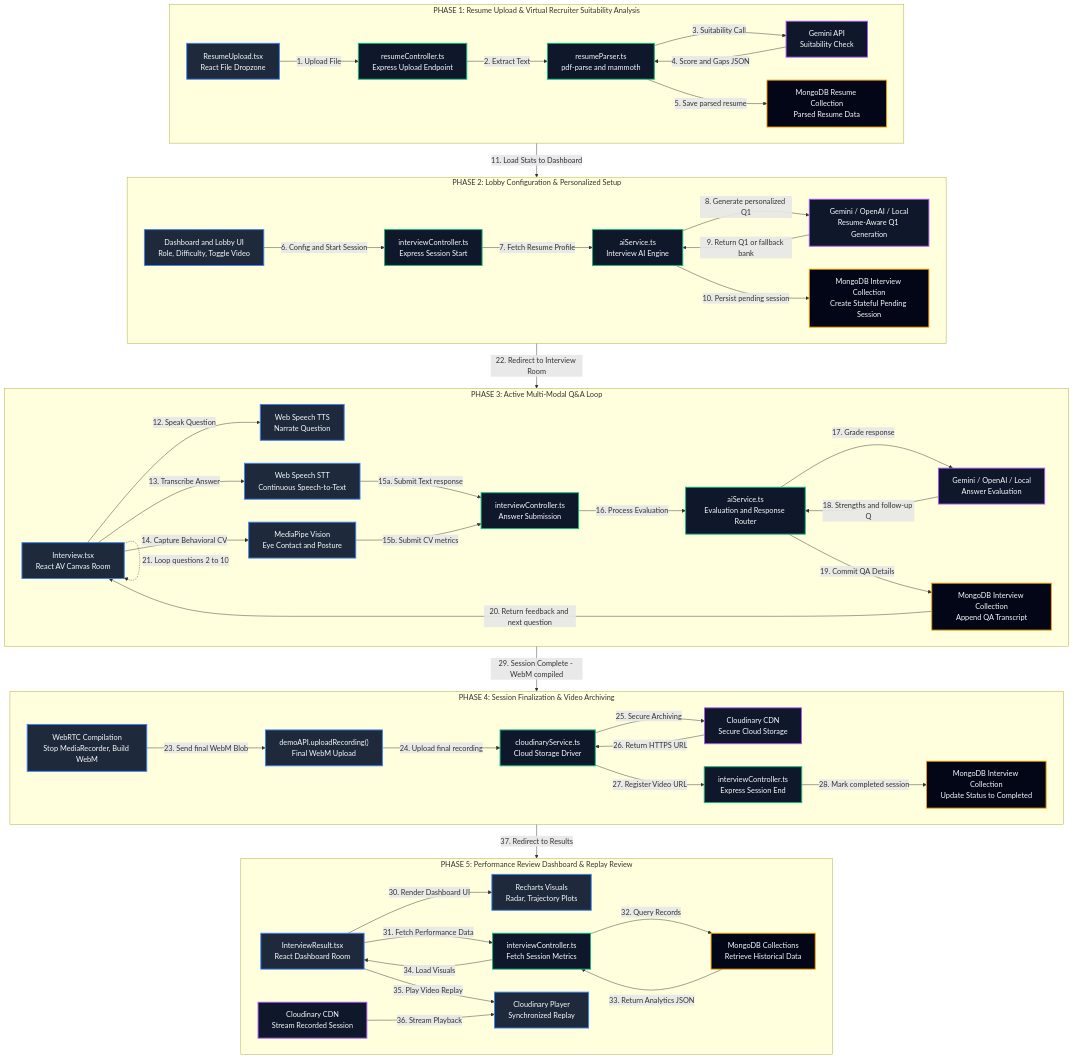
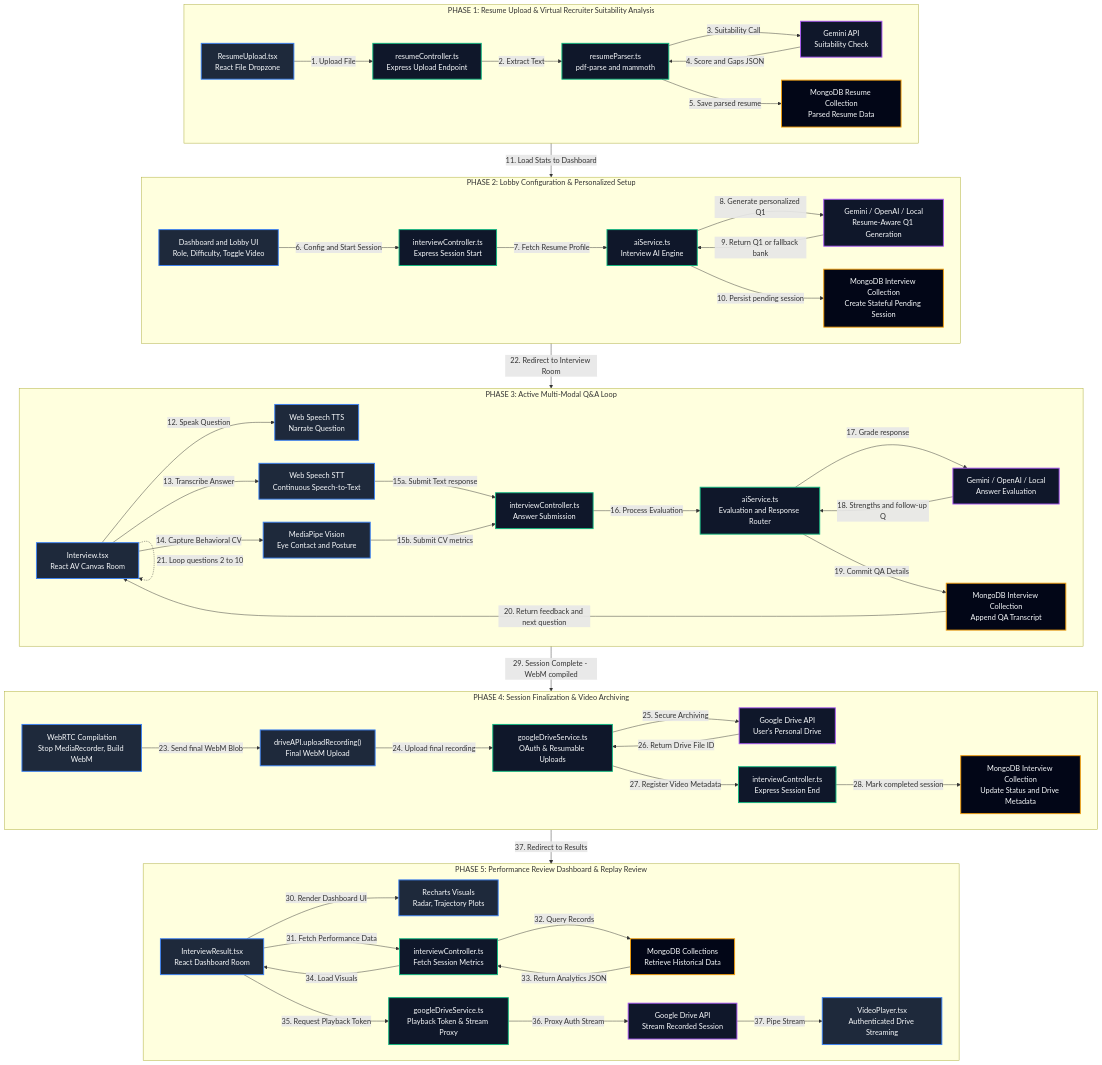
The diagram in README.md (anuragverma4895/AI-Mock-Interview-Platform), drawn with Mermaid before and after one commit. The commit also changed other lines of this file and 20 other files, not shown here.

Commit message:
feat: migrate video storage from Cloudinary to Google Drive

```diff
--- a/README.md
+++ b/README.md
@@ -82,17 +82,17 @@
     subgraph PHASE4 ["PHASE 4: Session Finalization & Video Archiving"]
         direction LR
         P4_FE["WebRTC Compilation<br>Stop MediaRecorder, Build WebM"]:::client
-        P4_Ctrl["demoAPI.uploadRecording()<br>Final WebM Upload"]:::client
-        P4_Cloudinary["cloudinaryService.ts<br>Cloud Storage Driver"]:::server
-        P4_CloudAPI["Cloudinary CDN<br>Secure Cloud Storage"]:::ext
+        P4_Ctrl["driveAPI.uploadRecording()<br>Final WebM Upload"]:::client
+        P4_DriveSvc["googleDriveService.ts<br>OAuth & Resumable Uploads"]:::server
+        P4_DriveAPI["Google Drive API<br>User's Personal Drive"]:::ext
         P4_IntCtrl["interviewController.ts<br>Express Session End"]:::server
-        P4_DB["MongoDB Interview Collection<br>Update Status to Completed"]:::db
+        P4_DB["MongoDB Interview Collection<br>Update Status and Drive Metadata"]:::db
 
         P4_FE -->|"23. Send final WebM Blob"| P4_Ctrl
-        P4_Ctrl -->|"24. Upload final recording"| P4_Cloudinary
-        P4_Cloudinary -->|"25. Secure Archiving"| P4_CloudAPI
-        P4_CloudAPI -->|"26. Return HTTPS URL"| P4_Cloudinary
-        P4_Cloudinary -->|"27. Register Video URL"| P4_IntCtrl
+        P4_Ctrl -->|"24. Upload final recording"| P4_DriveSvc
+        P4_DriveSvc -->|"25. Secure Archiving"| P4_DriveAPI
+        P4_DriveAPI -->|"26. Return Drive File ID"| P4_DriveSvc
+        P4_DriveSvc -->|"27. Register Video Metadata"| P4_IntCtrl
         P4_IntCtrl -->|"28. Mark completed session"| P4_DB
     end
 
@@ -100,18 +100,20 @@
         direction LR
         P5_FE["InterviewResult.tsx<br>React Dashboard Room"]:::client
         P5_Charts["Recharts Visuals<br>Radar, Trajectory Plots"]:::client
-        P5_Player["Cloudinary Player<br>Synchronized Replay"]:::client
+        P5_Player["VideoPlayer.tsx<br>Authenticated Drive Streaming"]:::client
         P5_Ctrl["interviewController.ts<br>Fetch Session Metrics"]:::server
         P5_DB["MongoDB Collections<br>Retrieve Historical Data"]:::db
-        P5_CloudAPI2["Cloudinary CDN<br>Stream Recorded Session"]:::ext
+        P5_DriveSvc["googleDriveService.ts<br>Playback Token & Stream Proxy"]:::server
+        P5_DriveAPI["Google Drive API<br>Stream Recorded Session"]:::ext
 
         P5_FE -->|"30. Render Dashboard UI"| P5_Charts
         P5_FE -->|"31. Fetch Performance Data"| P5_Ctrl
         P5_Ctrl -->|"32. Query Records"| P5_DB
         P5_DB -->|"33. Return Analytics JSON"| P5_Ctrl
         P5_Ctrl -->|"34. Load Visuals"| P5_FE
-        P5_FE -->|"35. Play Video Replay"| P5_Player
-        P5_CloudAPI2 -->|"36. Stream Playback"| P5_Player
+        P5_FE -->|"35. Request Playback Token"| P5_DriveSvc
+        P5_DriveSvc -->|"36. Proxy Auth Stream"| P5_DriveAPI
+        P5_DriveAPI -->|"37. Pipe Stream"| P5_Player
     end
 
     %% Phase-to-Phase Chronological Flows
```
